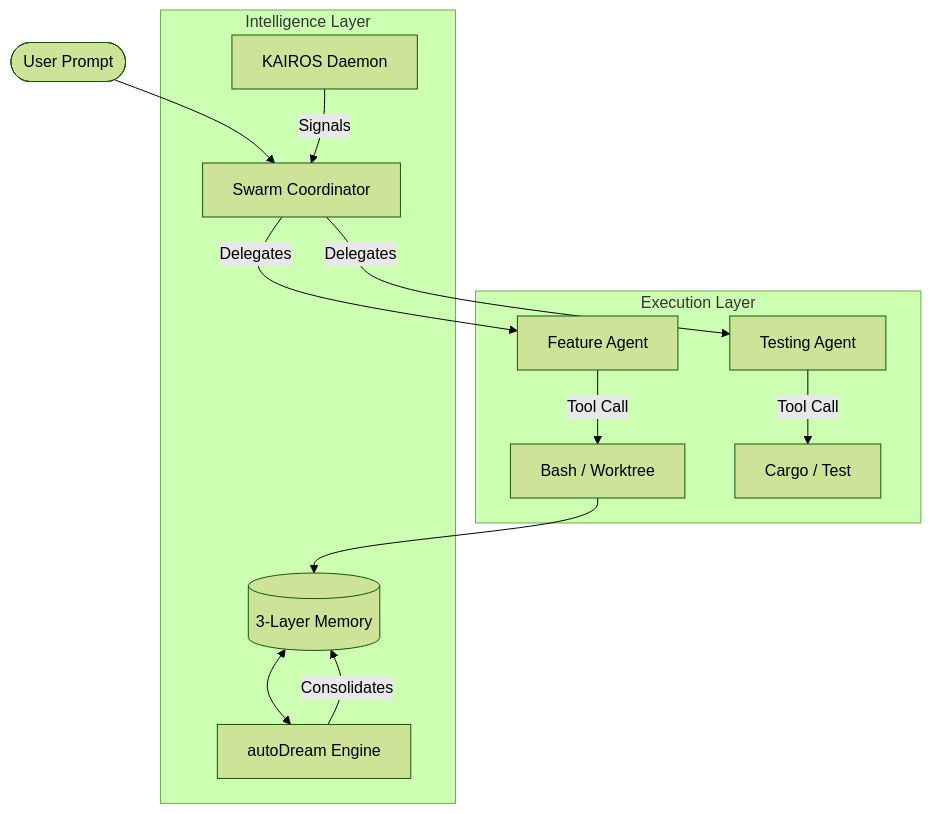
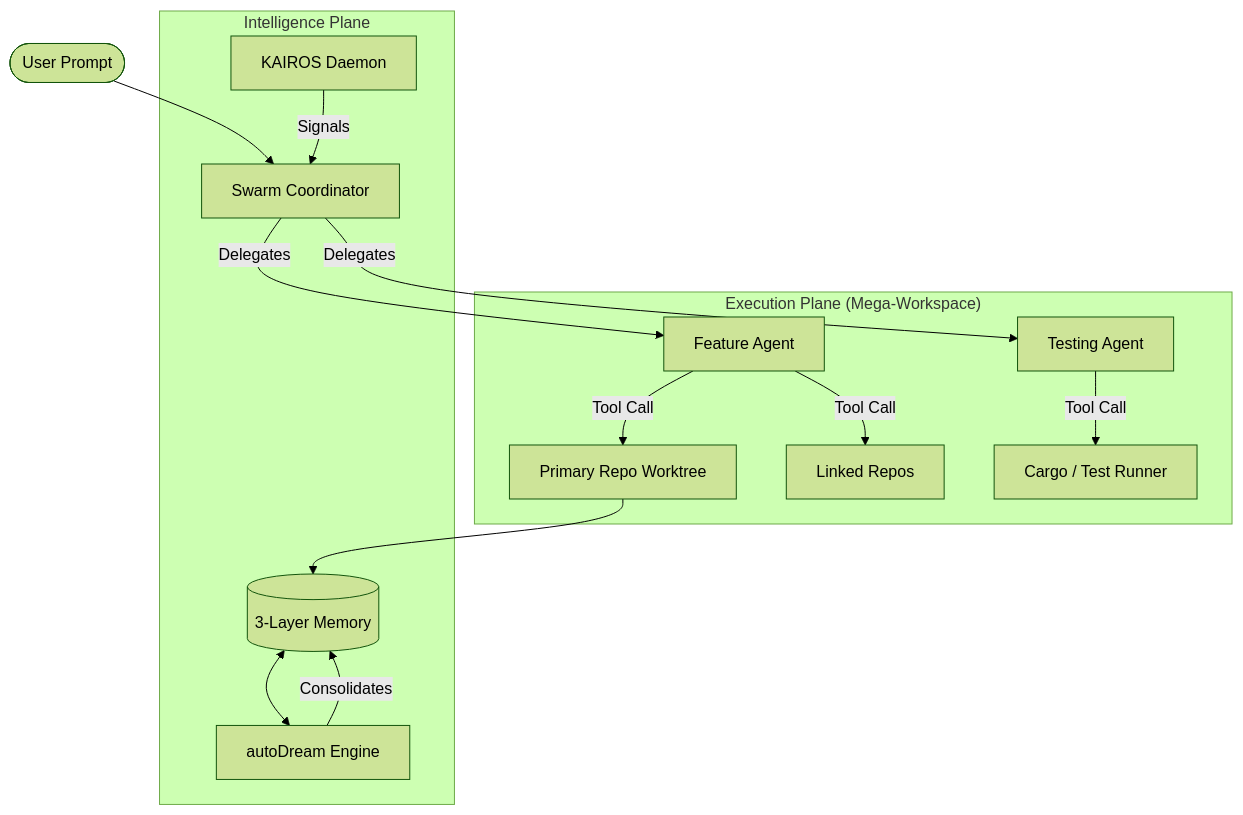
The diagram in README.md (knarayanareddy/dreamswarm), drawn with Mermaid (forest theme) before and after one commit. The commit also changed other lines of this file and 4 other files, not shown here.

````diff
--- a/README.md
+++ b/README.md
@@ -40,19 +61,20 @@
 ```mermaid
 graph TD
     User([User Prompt]) --> Coordinator[Swarm Coordinator]
     Coordinator -->|Delegates| Agent1[Feature Agent]
     Coordinator -->|Delegates| Agent2[Testing Agent]
     
-    subgraph "Execution Layer"
-        Agent1 -->|Tool Call| Bash[Bash / Worktree]
-        Agent2 -->|Tool Call| Cargo[Cargo / Test]
+    subgraph "Execution Plane (Mega-Workspace)"
+        Agent1 -->|Tool Call| Bash[Primary Repo Worktree]
+        Agent1 -->|Tool Call| Secondary[Linked Repos]
+        Agent2 -->|Tool Call| Cargo[Cargo / Test Runner]
     end
     
-    subgraph "Intelligence Layer"
+    subgraph "Intelligence Plane"
         Bash --> Memory[(3-Layer Memory)]
         Memory <--> autoDream[autoDream Engine]
         KAIROS[KAIROS Daemon] -->|Signals| Coordinator
     end
     
     autoDream -->|Consolidates| Memory
 ```
````
